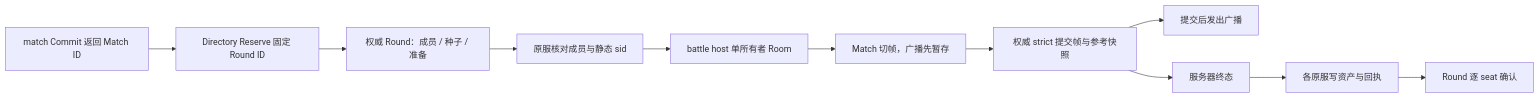
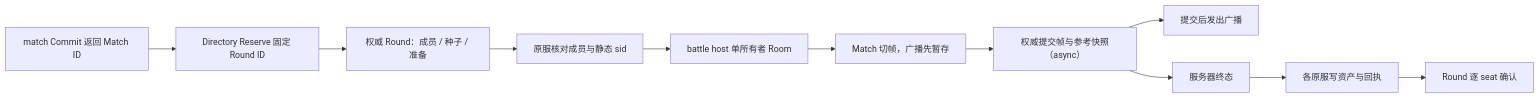
One commit to tjbdwanghaibo/roost-core changed the second of 2 diagrams in docs/framework/MOBA-INTEGRATION.md. Above: the diagram before and after it, drawn with Mermaid. The commit also changed other lines of this file and 87 other files, not shown here.

````diff
--- a/docs/framework/MOBA-INTEGRATION.md
+++ b/docs/framework/MOBA-INTEGRATION.md
@@ -363,13 +363,13 @@
 ```mermaid
 flowchart LR
     A[match Commit 返回 Match ID] --> B[Directory Reserve 固定 Round ID]
     B --> C[权威 Round：成员 / 种子 / 准备]
     C --> D[原服核对成员与静态 sid]
     D --> E[battle host 单所有者 Room]
     E --> F[Match 切帧，广播先暂存]
-    F --> G[权威 strict 提交帧与参考快照]
+    F --> G[权威提交帧与参考快照（async）]
     G --> H[提交后发出广播]
     G --> I[服务器终态]
     I --> J[各原服写资产与回执]
     J --> K[Round 逐 seat 确认]
 ```
````
